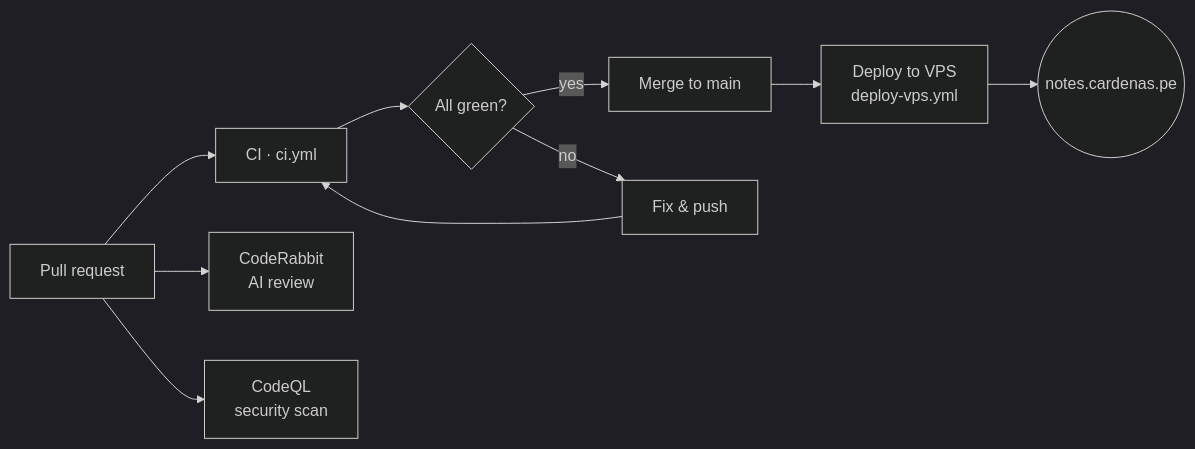
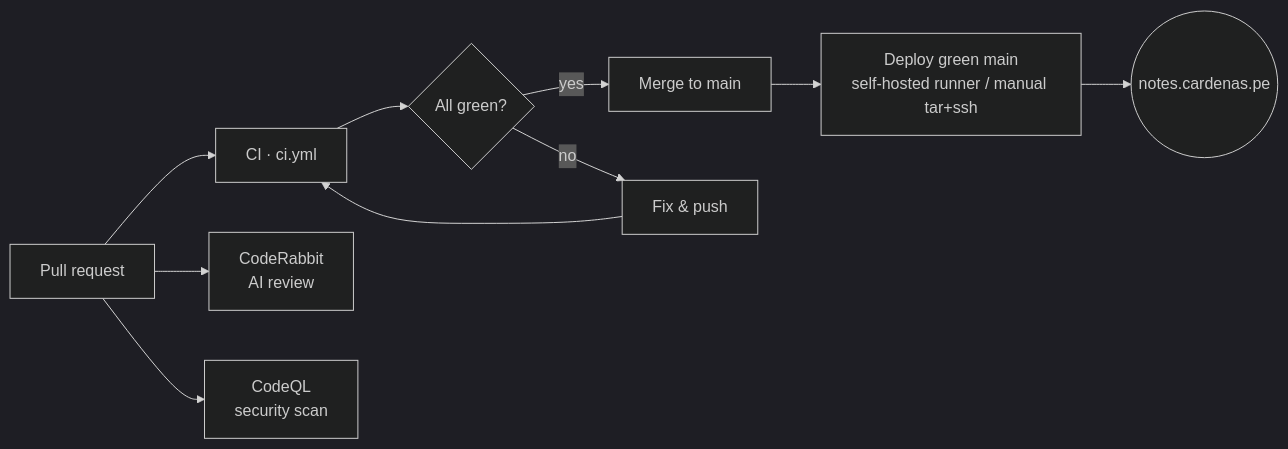
Before and after one commit to unimauro/turbo-notes: the fifth of 5 diagrams in README.md, drawn with Mermaid (dark theme). The commit also changed other lines of this file and 3 other files, not shown here.

````diff
--- a/README.md
+++ b/README.md
@@ -143,11 +143,11 @@
 ```mermaid
 flowchart LR
     PR["Pull request"] --> CI["CI · ci.yml"]
     PR --> CR["CodeRabbit<br/>AI review"]
     PR --> QL["CodeQL<br/>security scan"]
     CI --> GATE{"All green?"}
     GATE -->|yes| MERGE["Merge to main"]
     GATE -->|no| FIX["Fix & push"] --> CI
-    MERGE --> DEP["Deploy to VPS<br/>deploy-vps.yml"]
+    MERGE --> DEP["Deploy green main<br/>self-hosted runner / manual tar+ssh"]
     DEP --> LIVE(("notes.cardenas.pe"))
 ```
````
